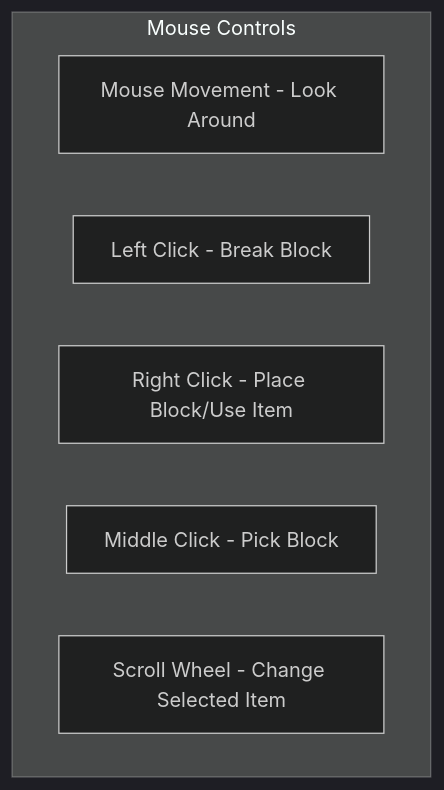
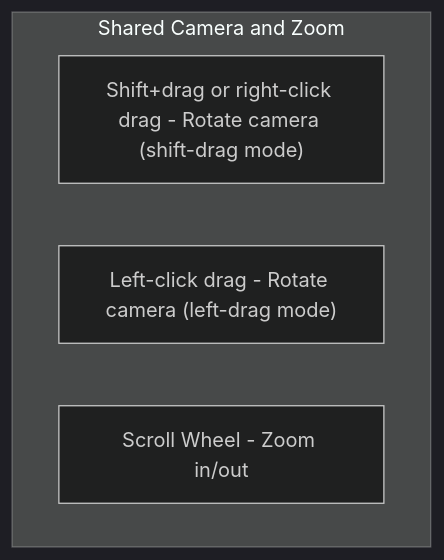
One commit to docxology/QuadCraft changed the second of 18 diagrams in docs/game_design/controls_and_navigation.md. Above: the diagram before and after it, drawn with Mermaid (dark theme). The commit also changed other lines of this file and 107 other files, not shown here.

````diff
--- a/docs/game_design/controls_and_navigation.md
+++ b/docs/game_design/controls_and_navigation.md
@@ -64,10 +51,8 @@
 ```mermaid
 graph TD
-    subgraph "Mouse Controls"
-        MouseMove["Mouse Movement - Look Around"]
-        LeftClick["Left Click - Break Block"]
-        RightClick["Right Click - Place Block/Use Item"]
-        MiddleClick["Middle Click - Pick Block"]
-        Scroll["Scroll Wheel - Change Selected Item"]
+    subgraph "Shared Camera and Zoom"
+        ShiftDrag["Shift+drag or right-click drag - Rotate camera (shift-drag mode)"]
+        LeftDrag["Left-click drag - Rotate camera (left-drag mode)"]
+        Scroll["Scroll Wheel - Zoom in/out"]
     end
 ```
````
